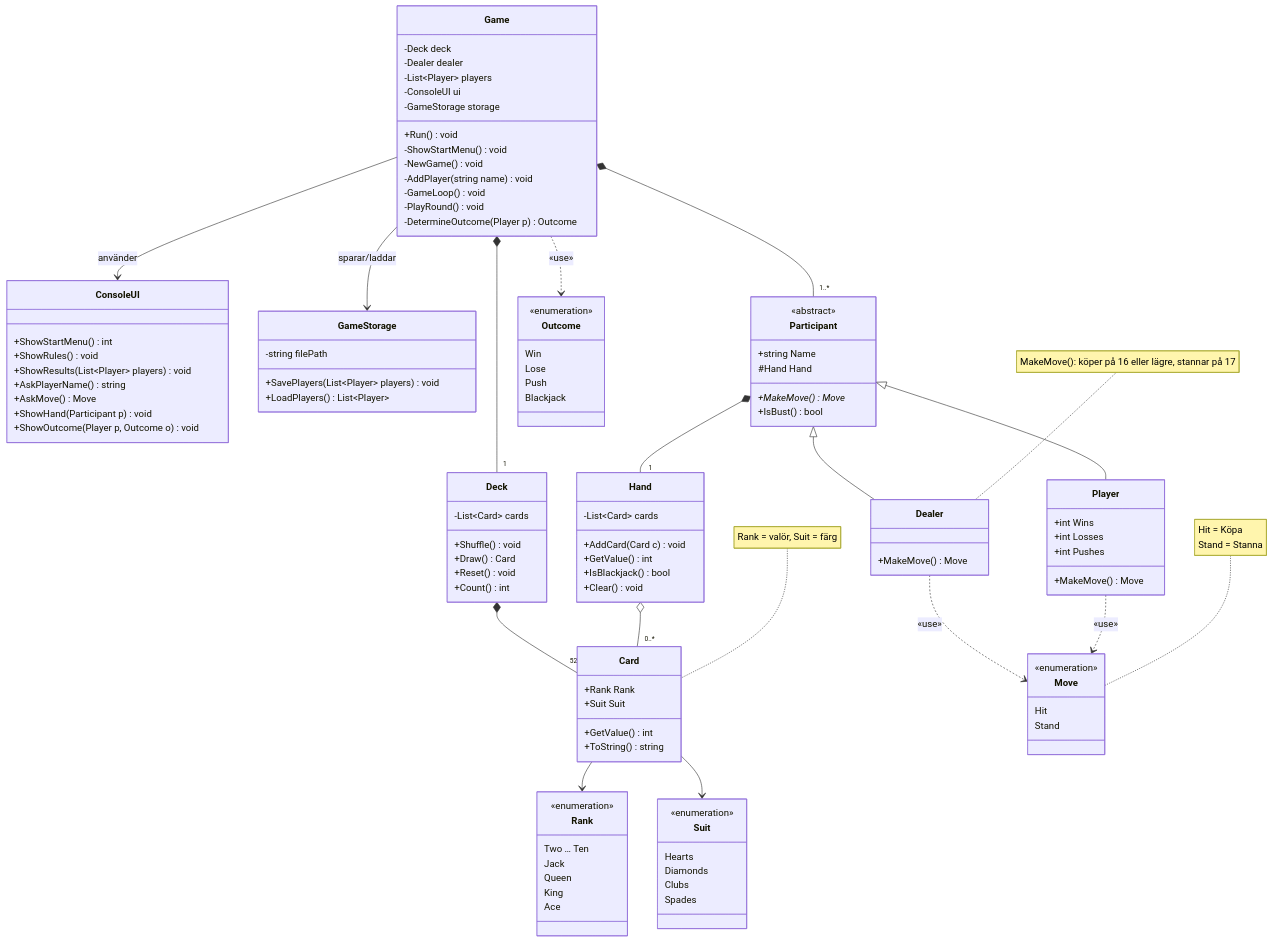
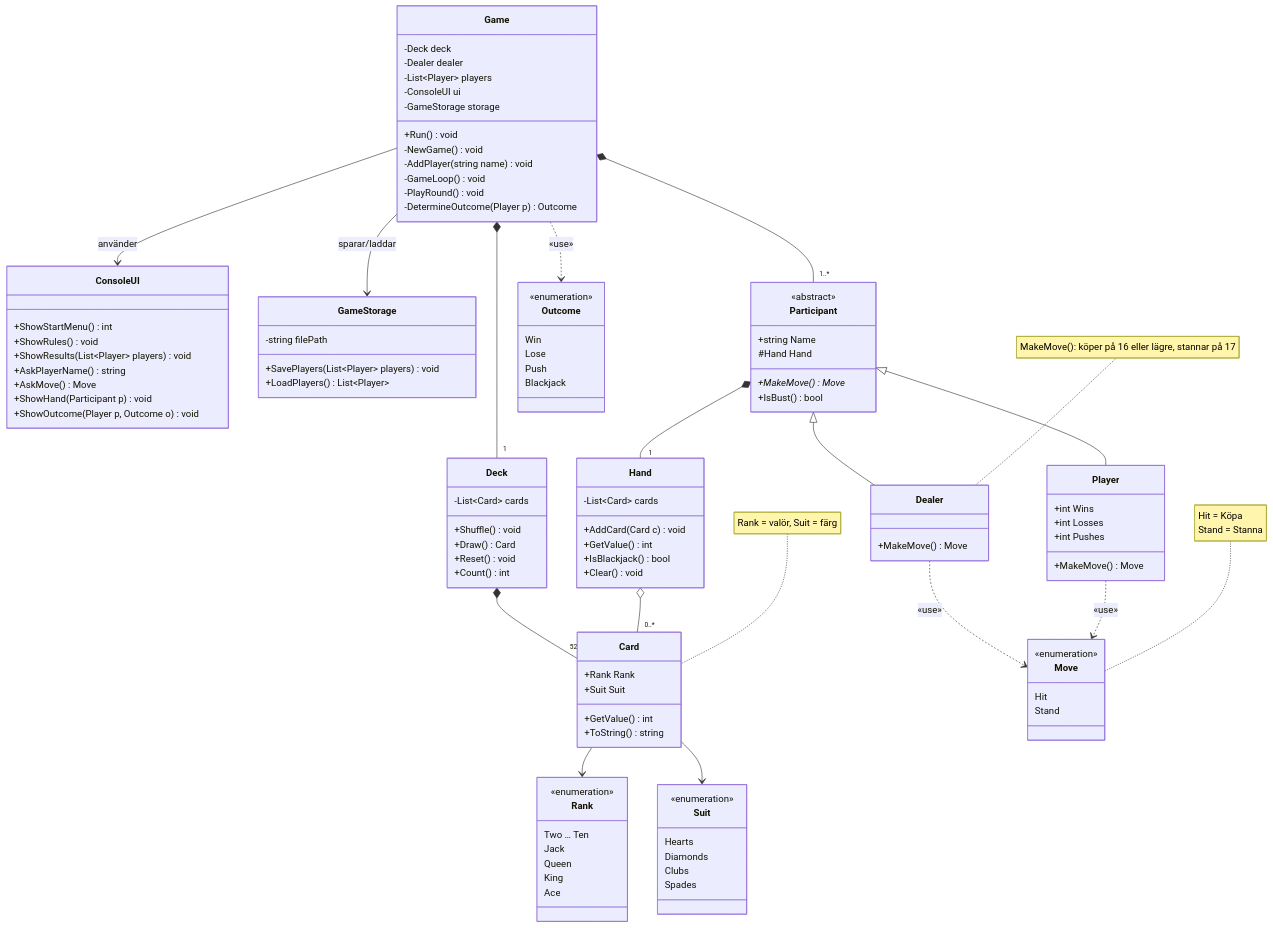
The diagram in README.md (idasamsson/kunskapskontroll-3-grupp-2-kisiv-main), drawn with Mermaid before and after one commit. The commit also changed 1 other file, not shown here.

Commit message:
Lägg till menyloop i Run och ta bort ShowStartMenu ur Game

```diff
--- a/README.md
+++ b/README.md
@@ -25,7 +25,6 @@
         -ConsoleUI ui
         -GameStorage storage
         +Run() void
-        -ShowStartMenu() void
         -NewGame() void
         -AddPlayer(string name) void
         -GameLoop() void
```
